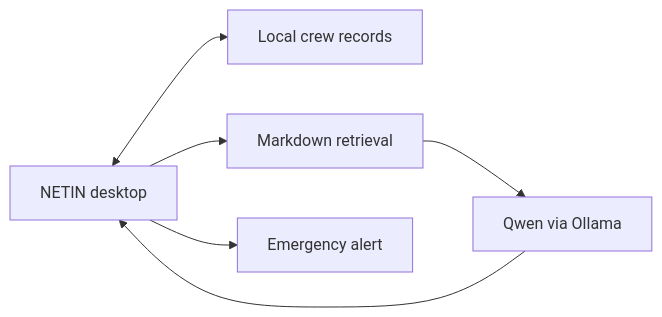
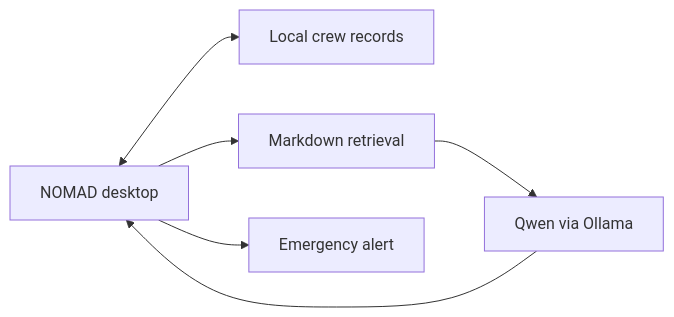
The diagram in docs/ARCHITECTURE.md (nxczmain/NOMAD_Health_Project), drawn with Mermaid before and after one commit. The commit also changed other lines of this file and 14 other files, not shown here.

````diff
--- a/docs/ARCHITECTURE.md
+++ b/docs/ARCHITECTURE.md
@@ -3,8 +3,8 @@
 ```mermaid
 flowchart LR
-    A["NETIN desktop"] <--> B["Local crew records"]
+    A["NOMAD desktop"] <--> B["Local crew records"]
     A --> C["Markdown retrieval"]
     C --> D["Qwen via Ollama"]
     D --> A
     A --> E["Emergency alert"]
 ```
````
